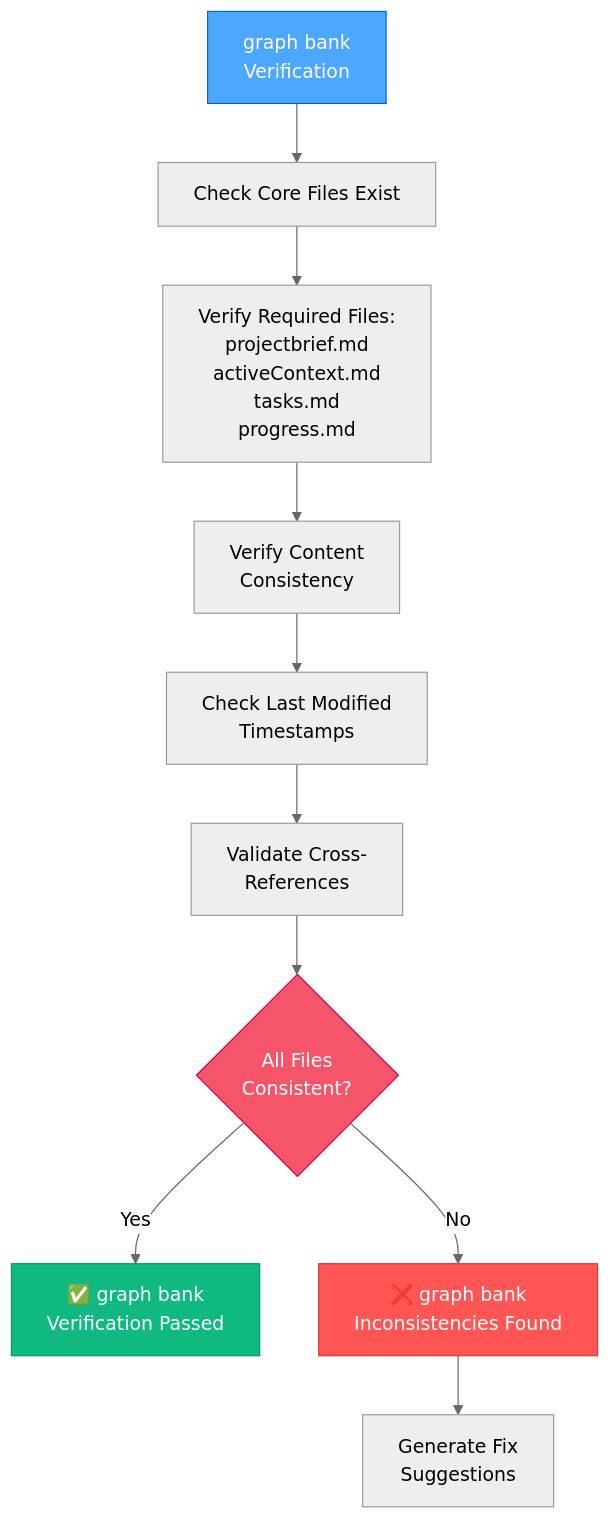
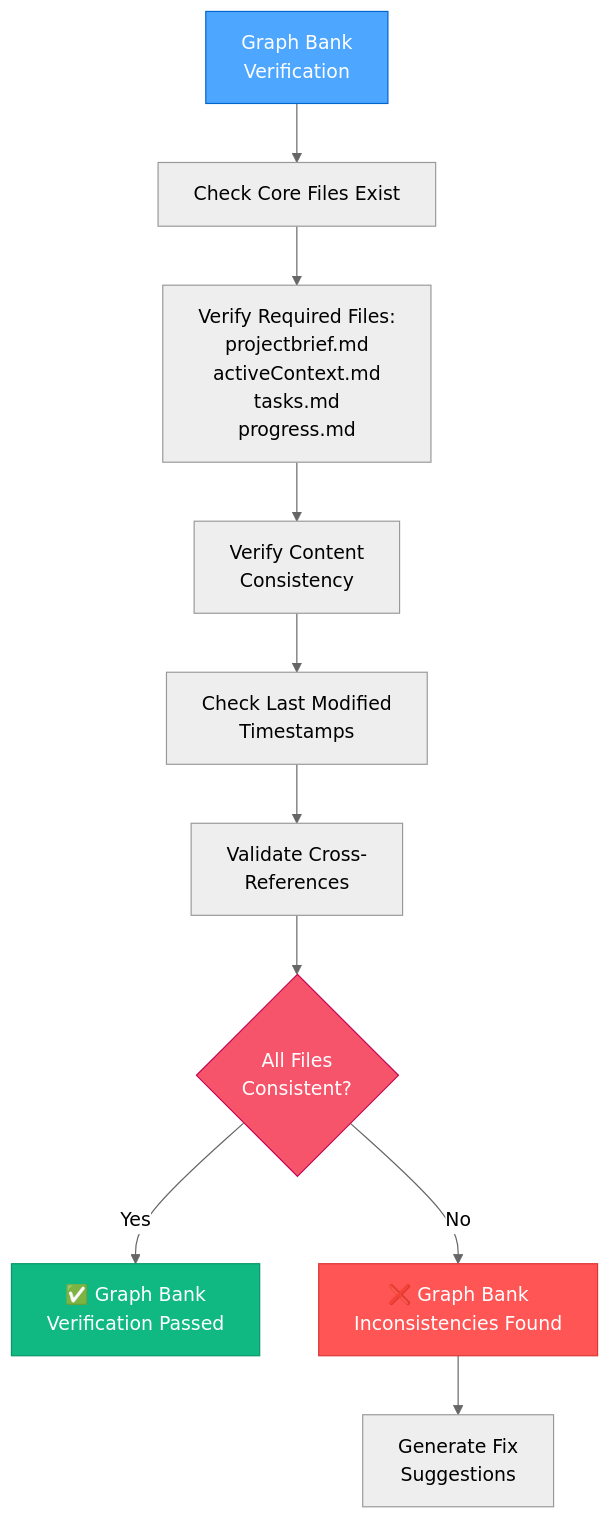
One commit to 7Spade/cursor-memory-bank changed the third of 10 diagrams in .cursor/rules/isolation_rules/visual-maps/qa-mode-map.mdc. Above: the diagram before and after it, drawn with Mermaid (neutral theme). The commit also changed other lines of this file and 37 other files, not shown here.

Commit message:
refactor: Standardize terminology from "Memory Bank" to "Graph Bank" across all files, ensuring consistency in documentation and improving clarity in the system's architecture and processes

````diff
--- a/.cursor/rules/isolation_rules/visual-maps/qa-mode-map.mdc
+++ b/.cursor/rules/isolation_rules/visual-maps/qa-mode-map.mdc
@@ -89,20 +89,20 @@
 ```mermaid
 graph TD
-    MBVS["graph bank<br>Verification"] --> CoreCheck["Check Core Files Exist"]
+    MBVS["Graph Bank<br>Verification"] --> CoreCheck["Check Core Files Exist"]
     CoreCheck --> CoreFiles["Verify Required Files:<br>projectbrief.md<br>activeContext.md<br>tasks.md<br>progress.md"]
     
     CoreFiles --> ContentCheck["Verify Content<br>Consistency"]
     ContentCheck --> LastModified["Check Last Modified<br>Timestamps"]
     LastModified --> CrossRef["Validate Cross-<br>References"]
     
     CrossRef --> ConsistencyCheck{"All Files<br>Consistent?"}
-    ConsistencyCheck -->|"Yes"| PassMB["✅ graph bank<br>Verification Passed"]
-    ConsistencyCheck -->|"No"| FailMB["❌ graph bank<br>Inconsistencies Found"]
+    ConsistencyCheck -->|"Yes"| PassMB["✅ Graph Bank<br>Verification Passed"]
+    ConsistencyCheck -->|"No"| FailMB["❌ Graph Bank<br>Inconsistencies Found"]
     
     FailMB --> FixSuggestions["Generate Fix<br>Suggestions"]
     
     style MBVS fill:#4da6ff,stroke:#0066cc,color:white
     style ConsistencyCheck fill:#f6546a,stroke:#c30052,color:white
     style PassMB fill:#10b981,stroke:#059669,color:white
     style FailMB fill:#ff5555,stroke:#dd3333,color:white
 ```
````
